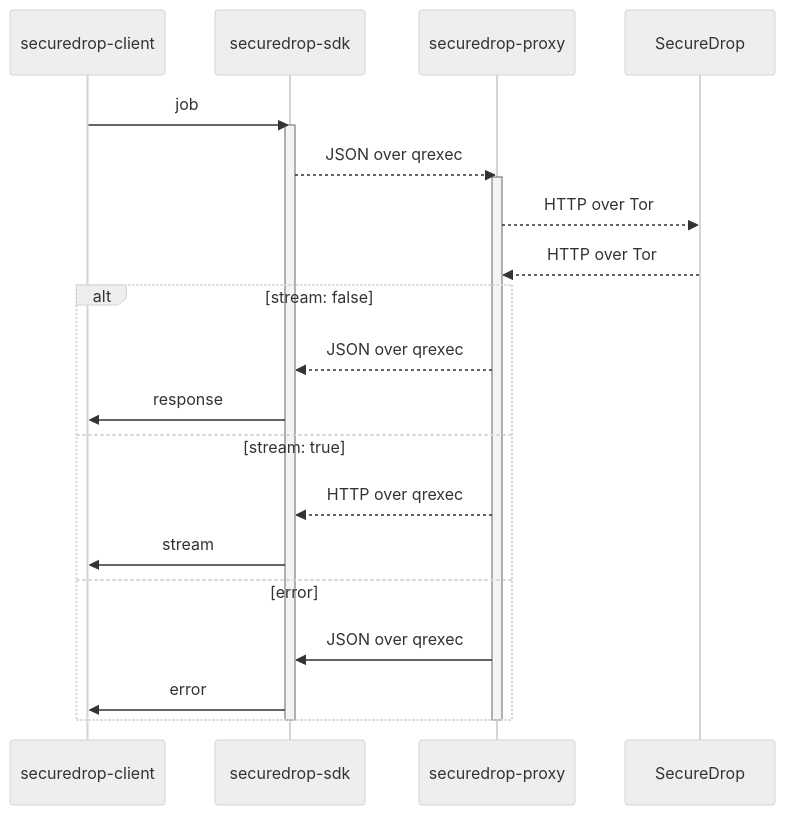
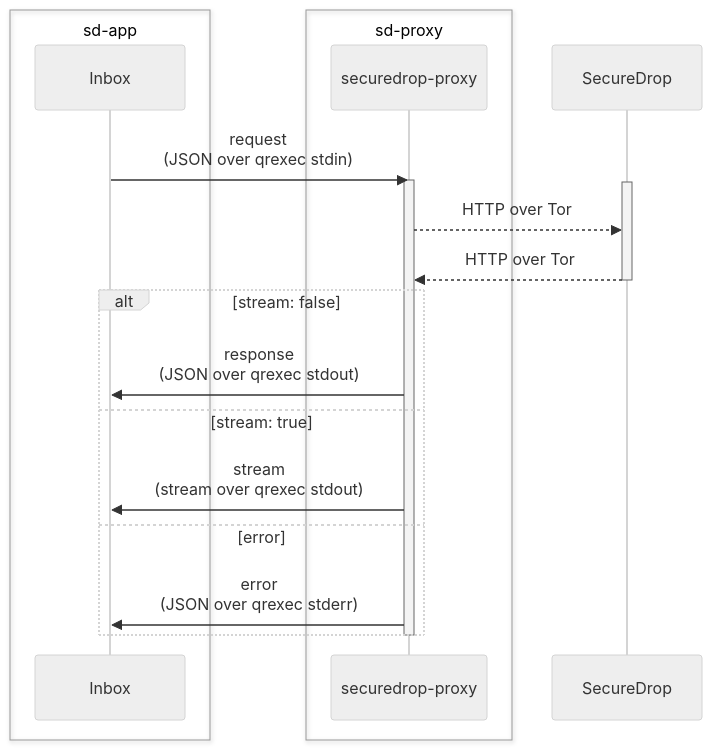
Before and after one commit to freedomofpress/securedrop-client: the diagram in proxy/README.md, drawn with Mermaid (neutral theme). The commit also changed other lines of this file, not shown here.

Commit message:
docs: document the Inbox's simpler relationship to the proxy

````diff
--- a/proxy/README.md
+++ b/proxy/README.md
@@ -37,30 +40,28 @@
 ```mermaid
 sequenceDiagram
 
-participant c as securedrop-client
-participant sdk as securedrop-sdk
+box sd-app
+participant c as Inbox
+end
+box sd-proxy
 participant p as securedrop-proxy
-participant server as SecureDrop
+end
+participant s as SecureDrop
 
-c ->> sdk: job
-activate sdk
-sdk -->> p: JSON over qrexec
+c ->> p: request<br>(JSON over qrexec stdin)
 activate p
-p -->> server: HTTP over Tor
-
-server -->> p: HTTP over Tor
+activate s
+p -->> s: HTTP over Tor
+s -->> p: HTTP over Tor
+deactivate s
 
 alt stream: false
-p -->> sdk: JSON over qrexec
-sdk ->> c: response
+p ->> c: response<br>(JSON over qrexec stdout)
 else stream: true
-p -->> sdk: HTTP over qrexec
-sdk ->> c: stream
+p ->> c: stream<br>(stream over qrexec stdout)
 else error
-p ->> sdk: JSON over qrexec
-sdk ->> c: error
+p ->> c: error<br>(JSON over qrexec stderr)
 end
 
 deactivate p
-deactivate sdk
 ```
````
